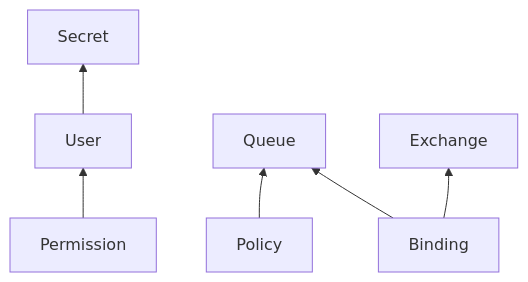
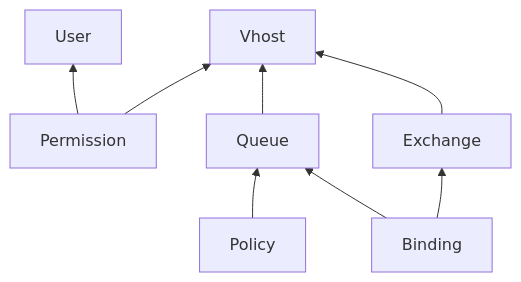
One commit to wandersonwhcr/k8s-examples changed the diagram in rabbitmq/README.md. Above: the diagram before and after it, drawn with Mermaid. The commit also changed 6 other files, not shown here.

````diff
--- a/rabbitmq/README.md
+++ b/rabbitmq/README.md
@@ -46,8 +46,10 @@
 ```mermaid
 flowchart BT
-    User --> Secret
     Permission --> User
+    Permission --> Vhost
+    Queue --> Vhost
+    Exchange --> Vhost
+    Policy --> Queue
     Binding --> Queue
     Binding --> Exchange
-    Policy --> Queue
 ```
````
